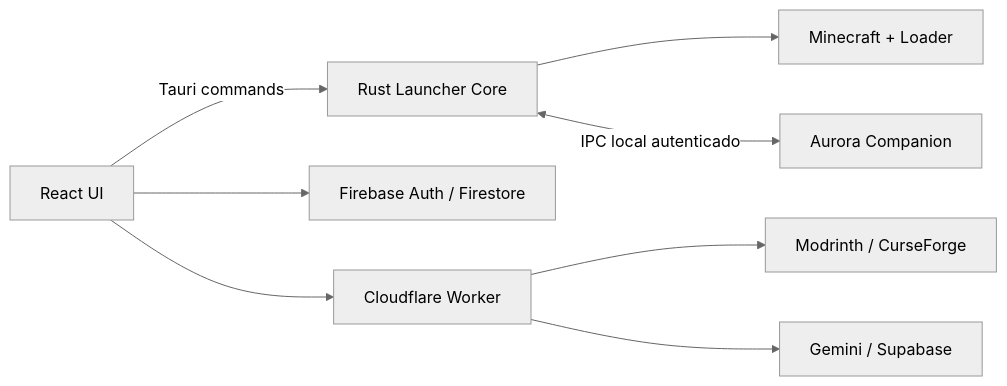
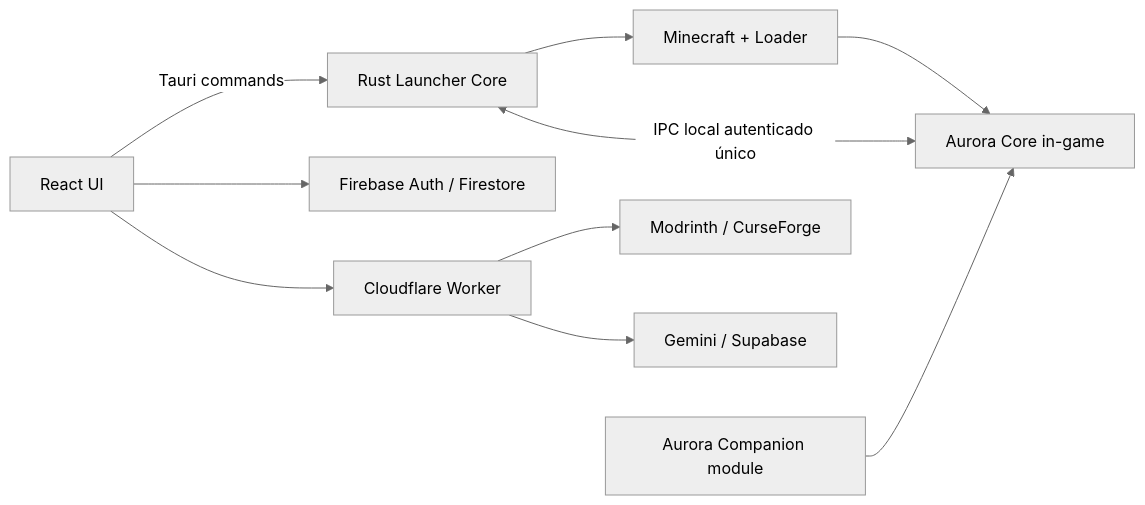
One commit to vinitor3/AuroraLauncher changed the diagram in README.md. Above: the diagram before and after it, drawn with Mermaid (neutral theme). The commit also changed other lines of this file and 204 other files, not shown here.

Commit message:
feat: integrate Aurora Core into desktop alpha.3

````diff
--- a/README.md
+++ b/README.md
@@ -72,10 +74,12 @@
 ```mermaid
 flowchart LR
     UI[React UI] -->|Tauri commands| CORE[Rust Launcher Core]
     CORE --> GAME[Minecraft + Loader]
-    CORE <-->|IPC local autenticado| COMP[Aurora Companion]
+    GAME --> AURORA[Aurora Core in-game]
+    CORE <-->|IPC local autenticado único| AURORA
+    COMP[Aurora Companion module] --> AURORA
     UI --> FIREBASE[Firebase Auth / Firestore]
     UI --> EDGE[Cloudflare Worker]
     EDGE --> MODS[Modrinth / CurseForge]
     EDGE --> AI[Gemini / Supabase]
 ```
````
